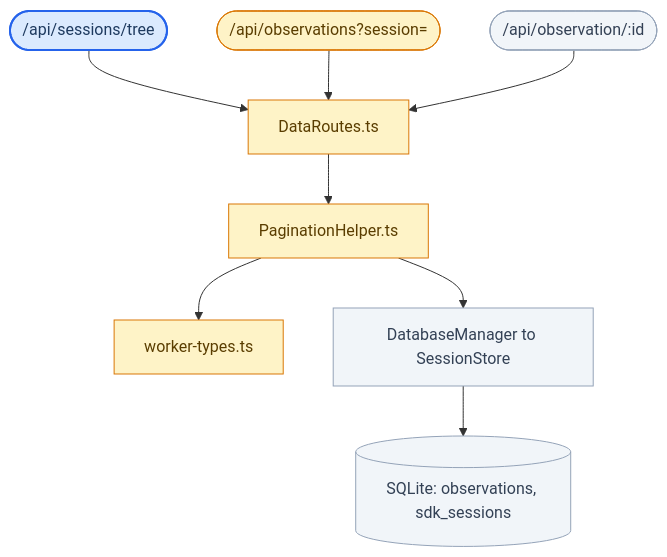
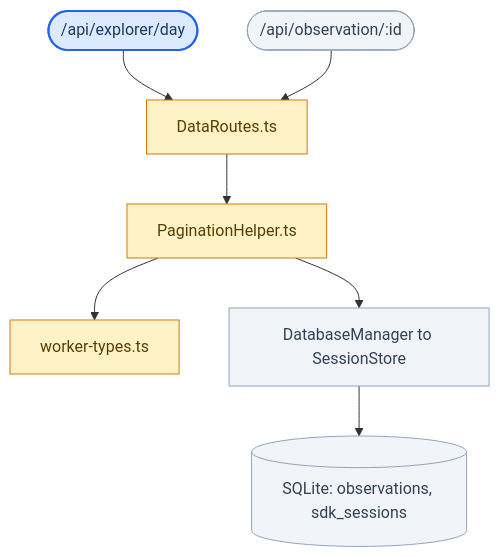
The second of 2 diagrams in docs/public/architecture/viewer-explorer-dag.mdx (Max2535/claude-mem), drawn with Mermaid before and after one commit. The commit also changed other lines of this file and 19 other files, not shown here.

````diff
--- a/docs/public/architecture/viewer-explorer-dag.mdx
+++ b/docs/public/architecture/viewer-explorer-dag.mdx
@@ -53,23 +53,21 @@
 ```mermaid
 flowchart TD
   classDef new fill:#dbeafe,stroke:#2563eb,stroke-width:2px,color:#1e3a5f
   classDef touched fill:#fef3c7,stroke:#d97706,color:#5a3d00
   classDef existing fill:#f1f5f9,stroke:#94a3b8,color:#334155
 
-  E1(["/api/sessions/tree"]):::new
-  E2(["/api/observations?session="]):::touched
-  E3(["/api/observation/:id"]):::existing
+  E1(["/api/explorer/day"]):::new
+  E2(["/api/observation/:id"]):::existing
   DR["DataRoutes.ts"]:::touched
   PH["PaginationHelper.ts"]:::touched
   WT["worker-types.ts"]:::touched
   DB["DatabaseManager to SessionStore"]:::existing
   SQL[("SQLite: observations, sdk_sessions")]:::existing
 
   E1 --> DR
   E2 --> DR
-  E3 --> DR
   DR --> PH
   PH --> WT
   PH --> DB
   DB --> SQL
 ```
````
